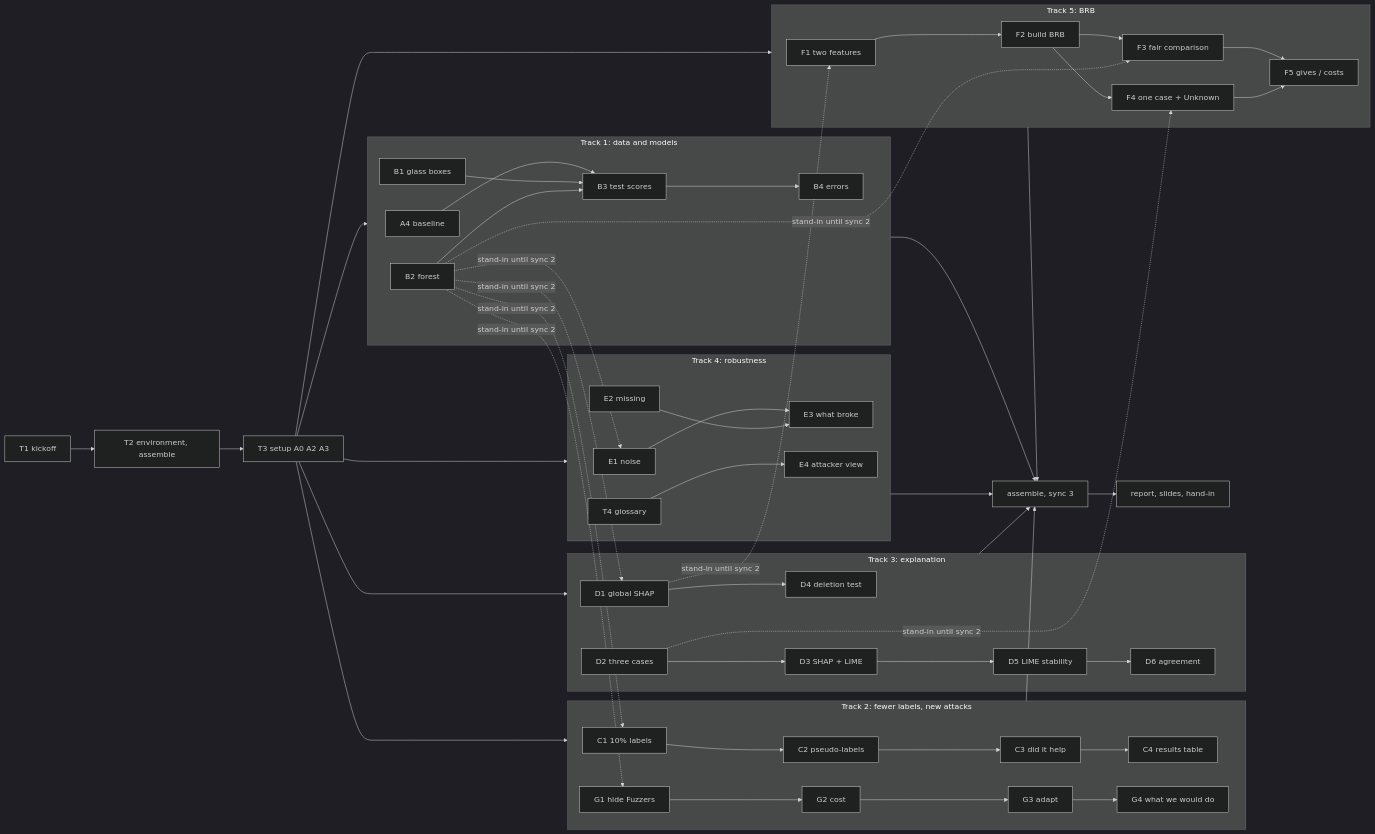
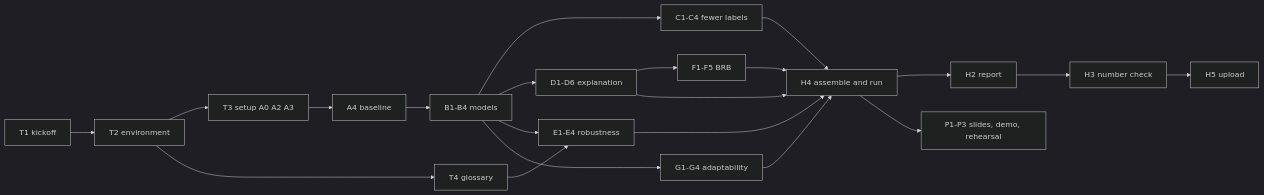
Before and after one commit to steve-nt/AI-for-Cybersecurity-Final-Mini-Project: the diagram in TASKLIST.md, drawn with Mermaid (dark theme). The commit also changed other lines of this file and 2 other files, not shown here.

````diff
--- a/TASKLIST.md
+++ b/TASKLIST.md
@@ -632,31 +609,13 @@
 ```mermaid
 flowchart LR
-  T1[T1 kickoff] --> T2[T2 environment, assemble] --> T3[T3 setup A0 A2 A3]
-  subgraph TR1[Track 1: data and models]
-    A4[A4 baseline] --> B3[B3 test scores] --> B4[B4 errors]
-    B1[B1 glass boxes] --> B3
-    B2[B2 forest] --> B3
-  end
-  subgraph TR2[Track 2: fewer labels, new attacks]
-    C1[C1 10% labels] --> C2[C2 pseudo-labels] --> C3[C3 did it help] --> C4[C4 results table]
-    G1[G1 hide Fuzzers] --> G2[G2 cost] --> G3[G3 adapt] --> G4[G4 what we would do]
-  end
-  subgraph TR3[Track 3: explanation]
-    D1[D1 global SHAP] --> D4[D4 deletion test]
-    D2[D2 three cases] --> D3[D3 SHAP + LIME] --> D5[D5 LIME stability] --> D6[D6 agreement]
-  end
-  subgraph TR4[Track 4: robustness]
-    E1[E1 noise] --> E3[E3 what broke]
-    E2[E2 missing] --> E3
-    T4[T4 glossary] --> E4[E4 attacker view]
-  end
-  subgraph TR5[Track 5: BRB]
-    F1[F1 two features] --> F2[F2 build BRB] --> F3[F3 fair comparison] --> F5[F5 gives / costs]
-    F2 --> F4[F4 one case + Unknown] --> F5
-  end
-  T3 --> TR1 & TR2 & TR3 & TR4 & TR5
-  B2 -.stand-in until sync 2.-> C1 & G1 & D1 & E1 & F3
-  D1 -.stand-in until sync 2.-> F1
-  D2 -.stand-in until sync 2.-> F4
-  TR1 & TR2 & TR3 & TR4 & TR5 --> ASM[assemble, sync 3] --> H[report, slides, hand-in]
+  T1[T1 kickoff] --> T2[T2 environment] --> T3[T3 setup A0 A2 A3] --> A4[A4 baseline] --> B[B1-B4 models]
+  T2 --> T4[T4 glossary]
+  B --> C[C1-C4 fewer labels]
+  B --> D[D1-D6 explanation]
+  B --> E[E1-E4 robustness]
+  B --> G[G1-G4 adaptability]
+  D --> F[F1-F5 BRB]
+  T4 --> E
+  C & D & E & F & G --> H4[H4 assemble and run] --> H2[H2 report] --> H3[H3 number check] --> H5[H5 upload]
+  H4 --> P[P1-P3 slides, demo, rehearsal]
 ```
````
